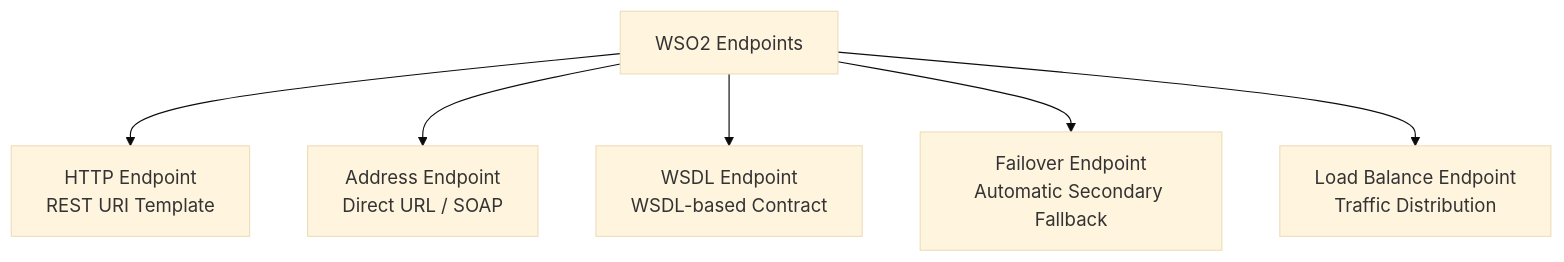
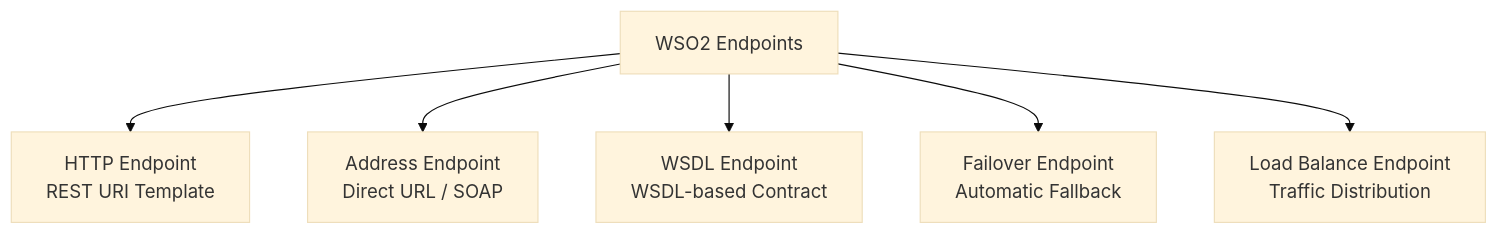
The diagram in materi/wso2/03_transformation_dan_endpoint.md (jovancamorris/assa-learn-tech), drawn with Mermaid (base theme) before and after one commit. The commit also changed 11 other files, not shown here.

````diff
--- a/materi/wso2/03_transformation_dan_endpoint.md
+++ b/materi/wso2/03_transformation_dan_endpoint.md
@@ -108,9 +108,9 @@
 ```mermaid
 graph TD
-    EP[WSO2 Endpoints]
-    EP --> HTTP[HTTP Endpoint\nREST URI Template]
-    EP --> Address[Address Endpoint\nDirect URL / SOAP]
-    EP --> WSDL[WSDL Endpoint\nWSDL-based Contract]
-    EP --> Failover[Failover Endpoint\nAutomatic Secondary Fallback]
-    EP --> LoadBalance[Load Balance Endpoint\nTraffic Distribution]
+    EP["WSO2 Endpoints"]
+    EP --> HTTP["HTTP Endpoint<br/>REST URI Template"]
+    EP --> Address["Address Endpoint<br/>Direct URL / SOAP"]
+    EP --> WSDL["WSDL Endpoint<br/>WSDL-based Contract"]
+    EP --> Failover["Failover Endpoint<br/>Automatic Fallback"]
+    EP --> LoadBalance["Load Balance Endpoint<br/>Traffic Distribution"]
 ```
````
